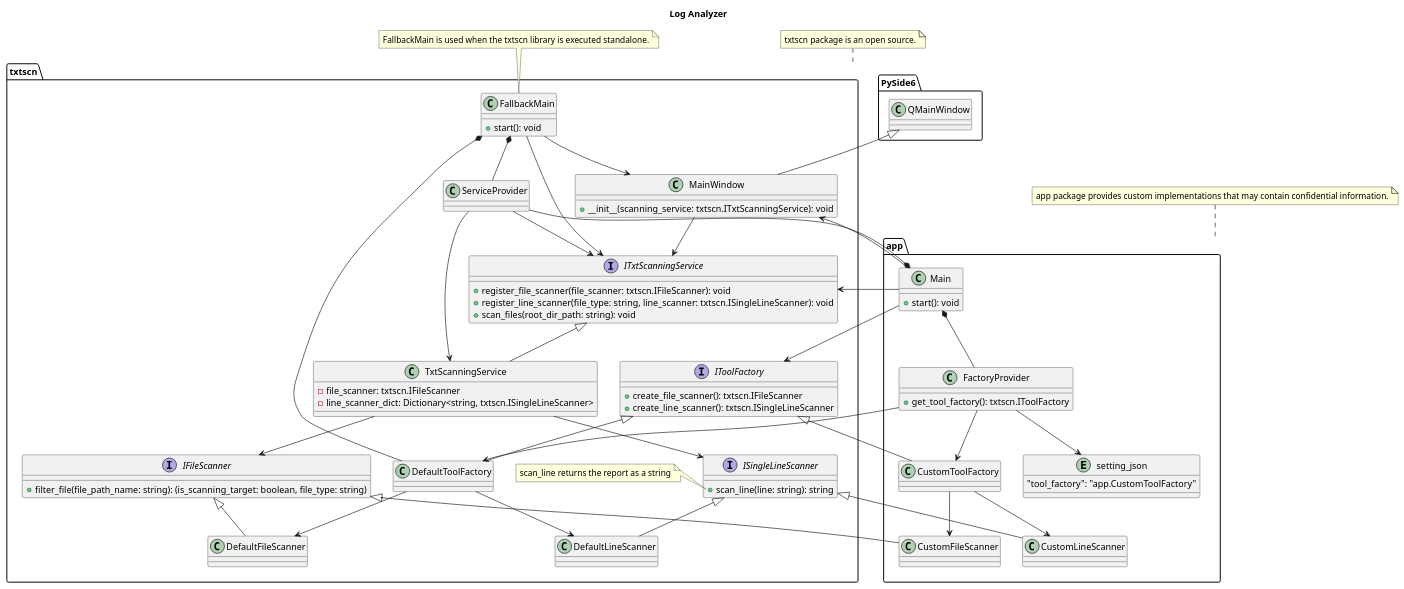
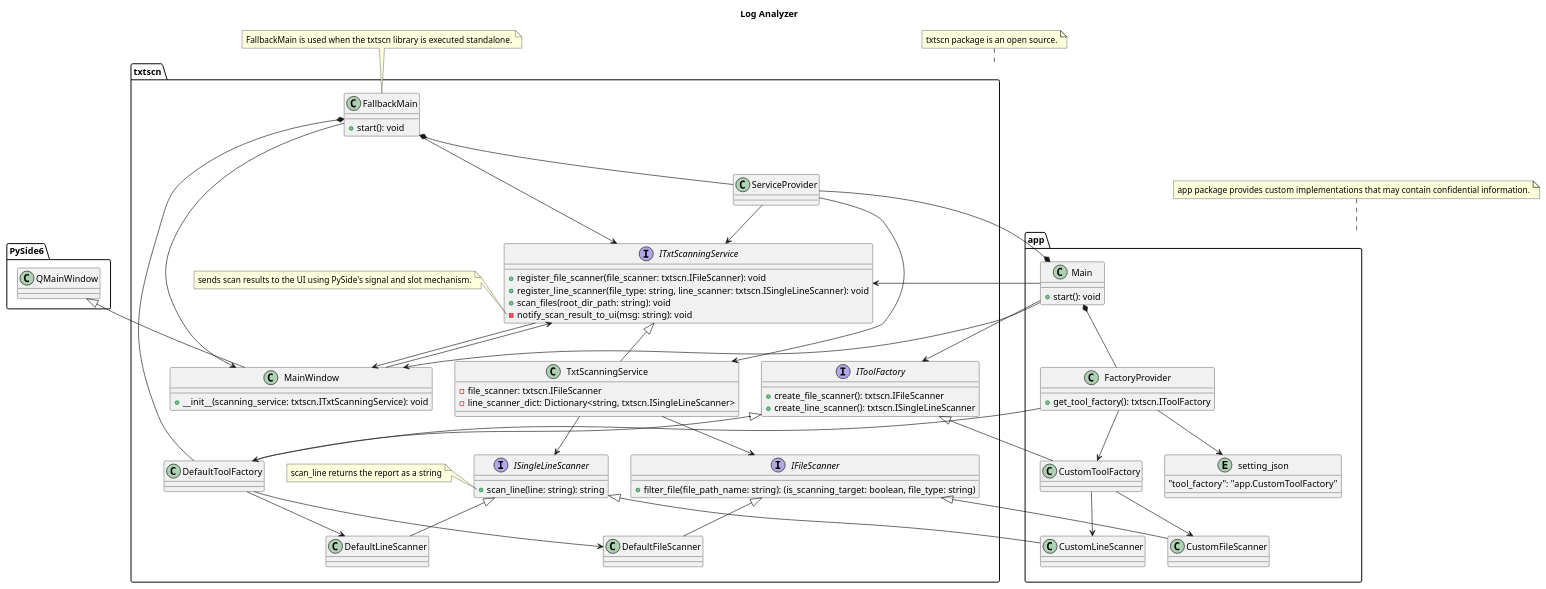
The diagram in doc/log_analyzer.puml (Takayoshi-Matsuyama/log_analyzer), drawn with PlantUML before and after one commit.

Commit message:
Updated - class diagram

```diff
--- a/doc/log_analyzer.puml
+++ b/doc/log_analyzer.puml
@@ -1,138 +1,145 @@
 @startuml log_analyzer
 
 'Copyright 2026 Takayoshi Matsuyama
 '
 'Licensed under the Apache License, Version 2.0 (the "License");
 'you may not use this file except in compliance with the License.
 'You may obtain a copy of the License at
 '
 '    http://www.apache.org/licenses/LICENSE-2.0
 '
 'Unless required by applicable law or agreed to in writing, software
 'distributed under the License is distributed on an "AS IS" BASIS,
 'WITHOUT WARRANTIES OR CONDITIONS OF ANY KIND, either express or implied.
 'See the License for the specific language governing permissions and
 'limitations under the License.
 
 title Log Analyzer
 
 interface txtscn.IFileScanner
 {
     +filter_file(file_path_name: string): (is_scanning_target: boolean, file_type: string)
 }
 
 class txtscn.DefaultFileScanner {}
 class app.CustomFileScanner {}
 
 txtscn.IFileScanner <|-- txtscn.DefaultFileScanner
 txtscn.IFileScanner <|-- app.CustomFileScanner
 
 interface txtscn.ISingleLineScanner
 {
     +scan_line(line: string): string
 }
 
 note left of txtscn.ISingleLineScanner::scan_line
     scan_line returns the report as a string
 end note
 
 class txtscn.DefaultLineScanner {}
 class app.CustomLineScanner {}
 
 txtscn.ISingleLineScanner <|-- txtscn.DefaultLineScanner
 txtscn.ISingleLineScanner <|-- app.CustomLineScanner
 
 interface txtscn.IToolFactory
 {
     +create_file_scanner(): txtscn.IFileScanner
     +create_line_scanner(): txtscn.ISingleLineScanner
 }
 
 class txtscn.DefaultToolFactory {}
 class app.CustomToolFactory {}
 
 txtscn.IToolFactory <|-- txtscn.DefaultToolFactory
 txtscn.IToolFactory <|-- app.CustomToolFactory
 
 txtscn.DefaultToolFactory --> txtscn.DefaultFileScanner
 txtscn.DefaultToolFactory --> txtscn.DefaultLineScanner
 
 app.CustomToolFactory --> app.CustomFileScanner
 app.CustomToolFactory --> app.CustomLineScanner
 
 interface txtscn.ITxtScanningService
 {
     +register_file_scanner(file_scanner: txtscn.IFileScanner): void
     +register_line_scanner(file_type: string, line_scanner: txtscn.ISingleLineScanner): void
     +scan_files(root_dir_path: string): void
+    -notify_scan_result_to_ui(msg: string): void
 }
+
+note left of txtscn.ITxtScanningService::notify_scan_result_to_ui
+    sends scan results to the UI using PySide's signal and slot mechanism.
+end note
+
 
 class txtscn.TxtScanningService
 {
     -file_scanner: txtscn.IFileScanner
     -line_scanner_dict: Dictionary<string, txtscn.ISingleLineScanner>
 }
 
 txtscn.ITxtScanningService <|-- txtscn.TxtScanningService
 txtscn.TxtScanningService --> txtscn.IFileScanner
 txtscn.TxtScanningService --> txtscn.ISingleLineScanner
 
 class PySide6.QMainWindow {}
 
 class txtscn.MainWindow
 {
     + __init__(scanning_service: txtscn.ITxtScanningService): void
 }
 
 PySide6.QMainWindow <|-- txtscn.MainWindow
+txtscn.ITxtScanningService --> txtscn.MainWindow
 
 class txtscn.ServiceProvider {}
 
 txtscn.ServiceProvider --> txtscn.ITxtScanningService
 txtscn.ServiceProvider --> txtscn.TxtScanningService
 
 entity app.setting_json
 {
     "tool_factory": "app.CustomToolFactory"
 }
 
 class app.FactoryProvider
  {
     +get_tool_factory(): txtscn.IToolFactory
 }
 
 app.FactoryProvider --> app.setting_json
 app.FactoryProvider --> txtscn.DefaultToolFactory
 app.FactoryProvider --> app.CustomToolFactory
 
 class txtscn.FallbackMain
 {
     + start(): void
 }
 
 txtscn.FallbackMain *-- txtscn.ServiceProvider
 txtscn.FallbackMain *-- txtscn.DefaultToolFactory
 txtscn.FallbackMain --> txtscn.ITxtScanningService
 txtscn.FallbackMain --> txtscn.MainWindow
 
 note "FallbackMain is used when the txtscn library is executed standalone." as N1
 N1 .. txtscn.FallbackMain
 
 class app.Main
 {
     + start(): void
 }
 
 app.Main *-- app.FactoryProvider
 app.Main *-- txtscn.ServiceProvider
 app.Main --> txtscn.IToolFactory
 app.Main --> txtscn.ITxtScanningService
 app.Main --> txtscn.MainWindow
 txtscn.MainWindow --> txtscn.ITxtScanningService
 
 note "txtscn package is an open source." as N2
 N2 .. txtscn
 note "app package provides custom implementations that may contain confidential information." as N3
 N3 .. app
 
 @enduml
```
